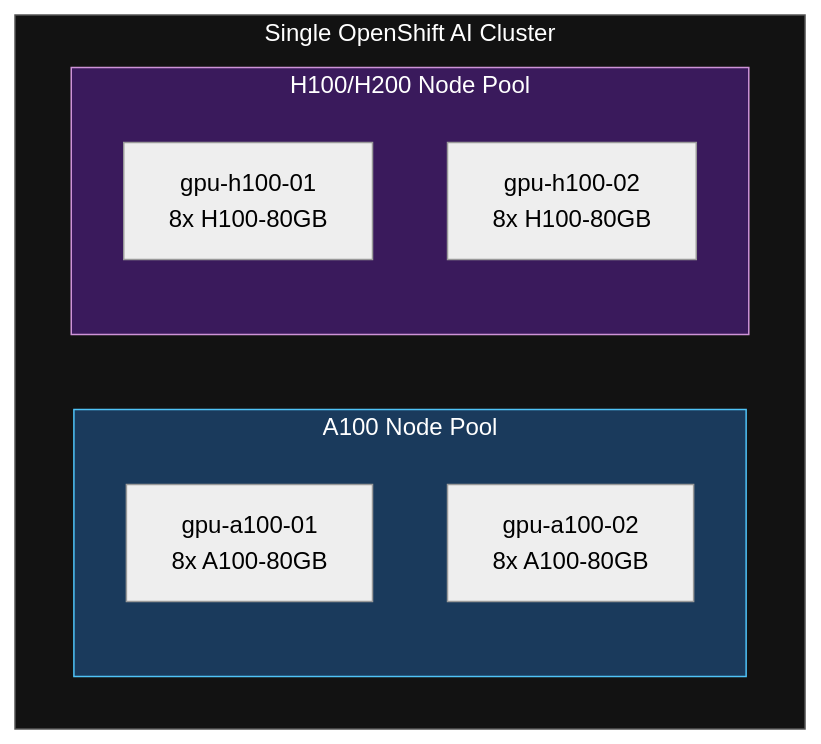
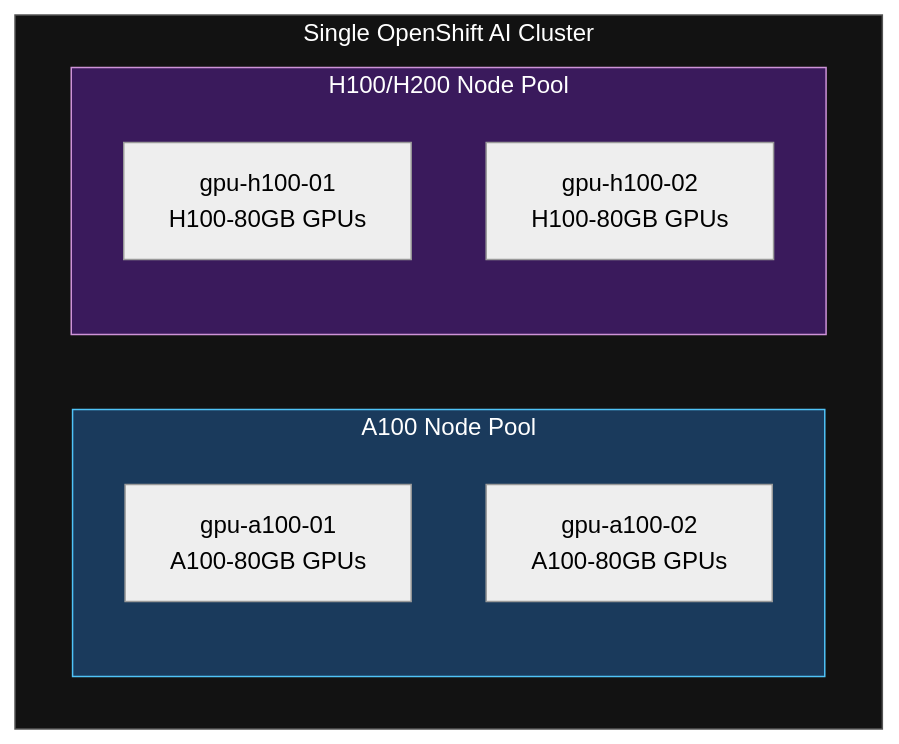
Before and after one commit to rrbanda/gpu-as-a-service-examples: the first of 5 diagrams in heterogeneous-gpu-tiered-inference/README.md, drawn with Mermaid (neutral theme). The commit also changed other lines of this file and 4 other files, not shown here.

````diff
--- a/heterogeneous-gpu-tiered-inference/README.md
+++ b/heterogeneous-gpu-tiered-inference/README.md
@@ -117,17 +133,17 @@
 ```mermaid
 graph TB
     subgraph cluster["Single OpenShift AI Cluster"]
         subgraph a100pool["A100 Node Pool"]
-            A100_1["gpu-a100-01<br/>8x A100-80GB"]
-            A100_2["gpu-a100-02<br/>8x A100-80GB"]
+            A100_1["gpu-a100-01<br/>A100-80GB GPUs"]
+            A100_2["gpu-a100-02<br/>A100-80GB GPUs"]
         end
         subgraph h100pool["H100/H200 Node Pool"]
-            H100_1["gpu-h100-01<br/>8x H100-80GB"]
-            H100_2["gpu-h100-02<br/>8x H100-80GB"]
+            H100_1["gpu-h100-01<br/>H100-80GB GPUs"]
+            H100_2["gpu-h100-02<br/>H100-80GB GPUs"]
         end
     end
 
     style a100pool fill:#1a3a5c,stroke:#4fc3f7,color:#fff
     style h100pool fill:#3a1a5c,stroke:#ce93d8,color:#fff
     style cluster fill:#121212,stroke:#555,color:#fff
 ```
````
